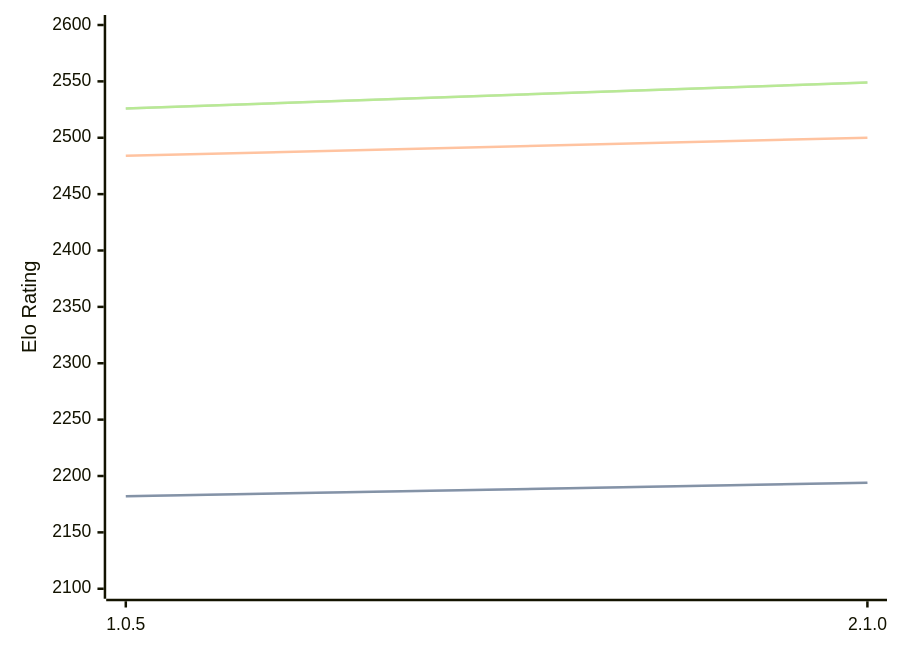
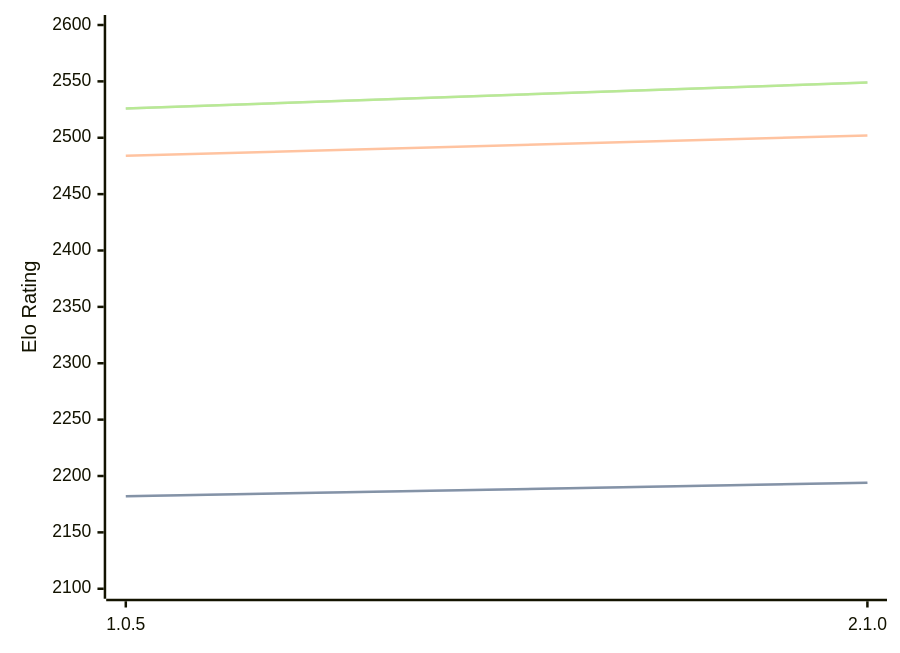
Before and after one commit to computer-chess-index/cci: the diagram in engines/Ruffian.md, drawn with Mermaid. The commit also changed other lines of this file, not shown here.

````diff
--- a/engines/Ruffian.md
+++ b/engines/Ruffian.md
@@ -32,11 +32,11 @@
 ```mermaid
 %%{init: {"theme":"base","themeVariables":{"seriesColors:['#a3a3a3','#222221','#faa371']}}}%%
 xychart-beta
   x-axis ["1.0.5", "2.1.0"]
   y-axis "Elo Rating" 2100 --> 2600
   line "STC (8.0+0.08s)" [2182, 2194]
   line "STC (8.0+0.08s)" [2182, 2194]
-  line "LTC (60.0+0.60s)" [2484, 2500]
+  line "LTC (60.0+0.60s)" [2484, 2502]
   line "VLTC (2m24s+1.12s)" [2526, 2549]
   line "VLTC (2m24s+1.12s)" [2526, 2549]
 ```
````
